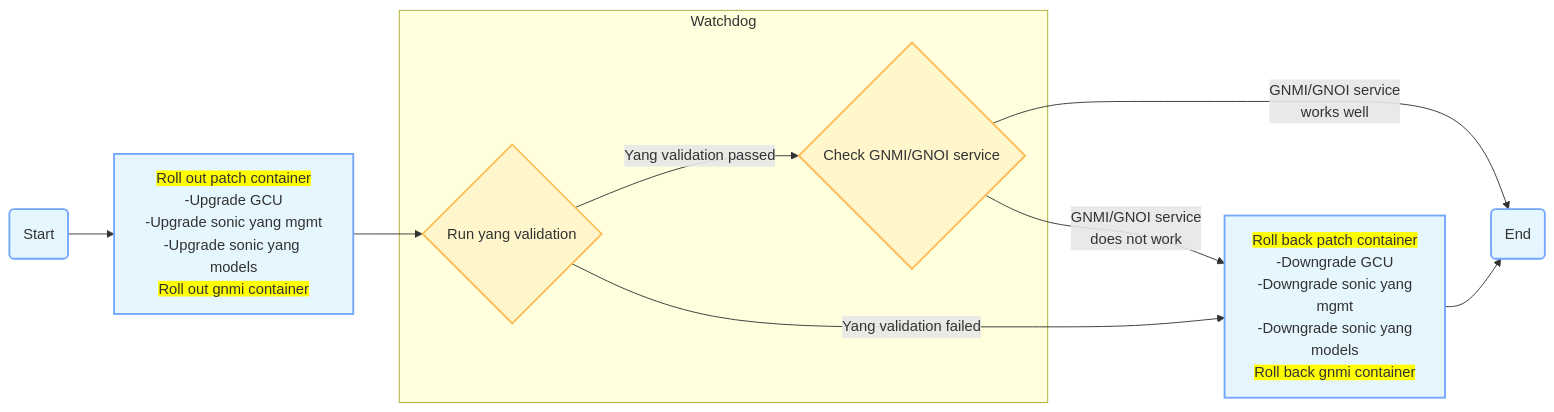
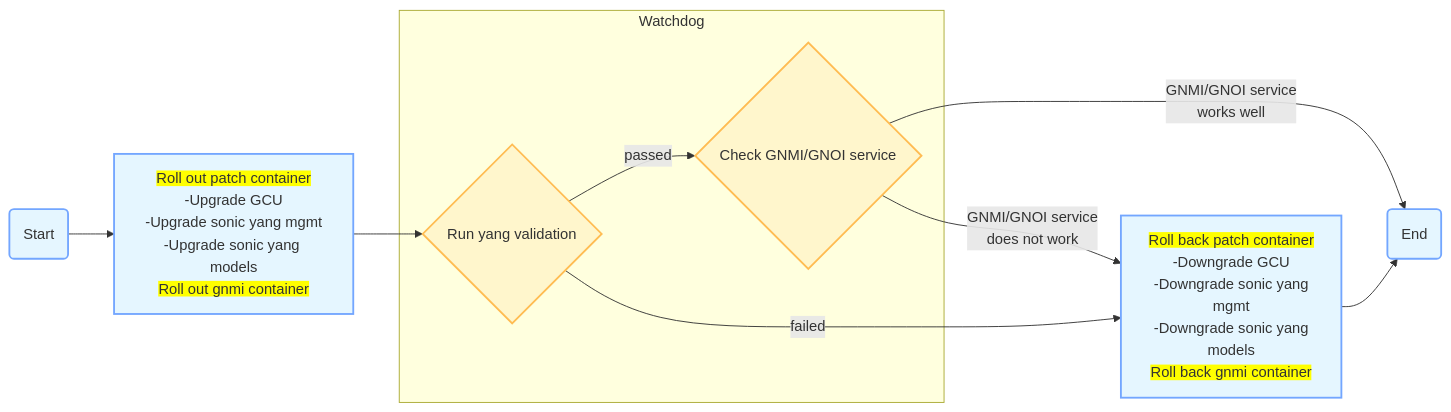
The diagram in upgrade_flowchart.md (ganglyu/mermaid), drawn with Mermaid before and after one commit.

````diff
--- a/upgrade_flowchart.md
+++ b/upgrade_flowchart.md
@@ -1,18 +1,18 @@
 ```mermaid
 graph LR
     classDef process fill:#E5F6FF,stroke:#73A6FF,stroke-width:2px;
     classDef decision fill:#FFF6CC,stroke:#FFBC52,stroke-width:2px;
     RolloutGeneric[<span style="background-color: yellow;">Roll out patch container</span><br>-Upgrade GCU<br>-Upgrade sonic yang mgmt<br>-Upgrade sonic yang models<br></span><span style="background-color: yellow;">Roll out gnmi container</span>]
     RollbackGeneric[<span style="background-color: yellow;">Roll back patch container</span><br>-Downgrade GCU<br>-Downgrade sonic yang<br>mgmt<br>-Downgrade sonic yang<br>models<br><span style="background-color: yellow;">Roll back gnmi container</span>]
     subgraph Watchdog
         WatchdogGCU{Run yang validation}
         WatchdogGNMI{Check GNMI/GNOI service}
     end
     Start(Start):::process --> RolloutGeneric:::process
     RolloutGeneric --> WatchdogGCU:::decision
-    WatchdogGCU --> |Yang validation passed|WatchdogGNMI:::decision
-    WatchdogGCU --> |Yang validation failed|RollbackGeneric:::process
+    WatchdogGCU --> |passed|WatchdogGNMI:::decision
+    WatchdogGCU --> |failed|RollbackGeneric:::process
     WatchdogGNMI --> |GNMI/GNOI service<br>works well|End[End]:::process
     WatchdogGNMI --> |GNMI/GNOI service<br>does not work|RollbackGeneric:::process
     RollbackGeneric --> End(End):::process
 ```
````
